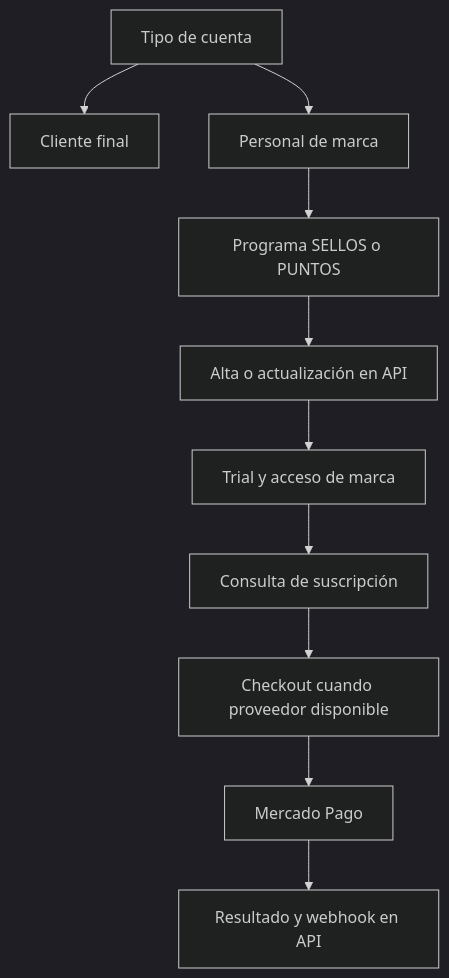
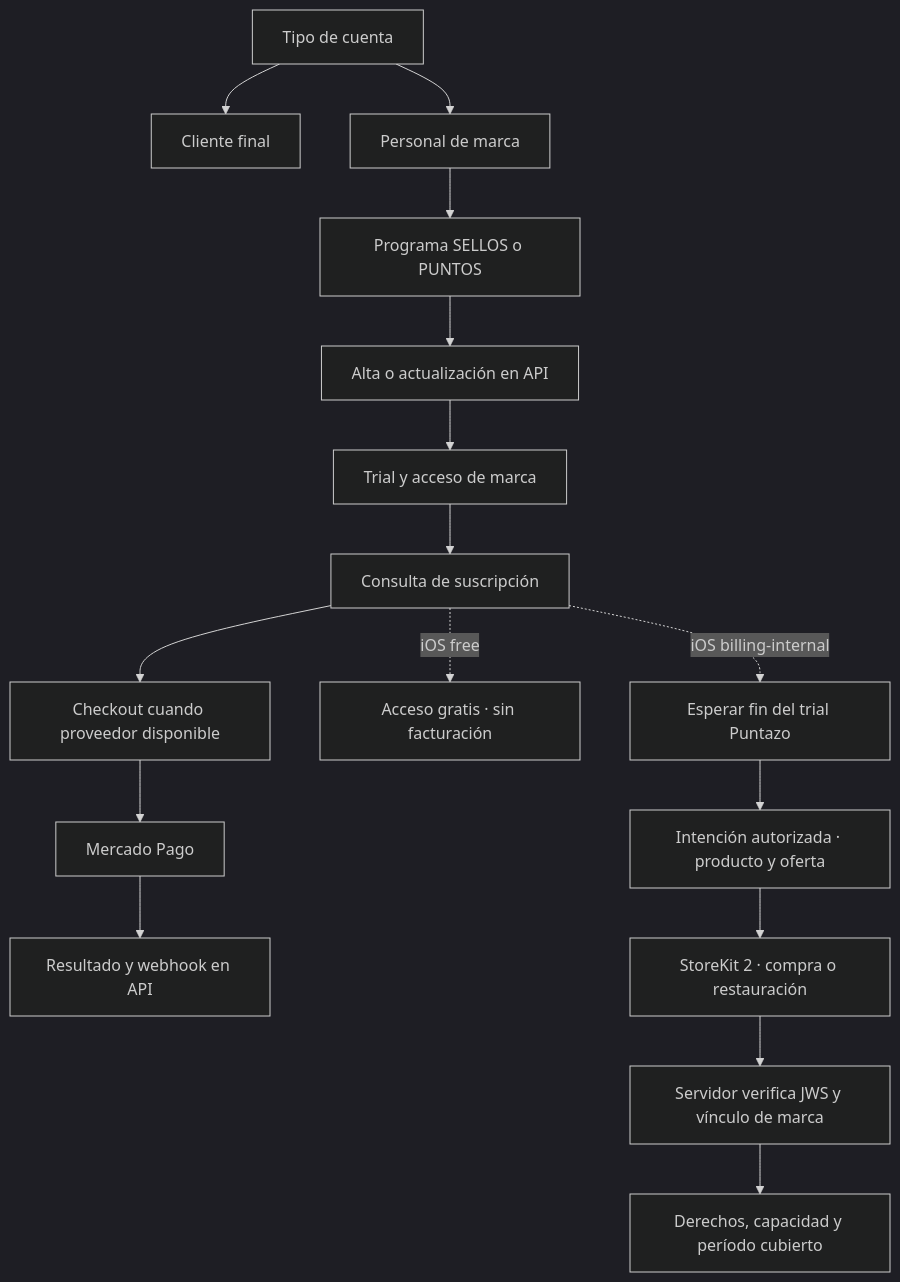
One commit to gagonzalez1/puntazo-docs changed the diagram in docs/flows/02-plan-selection.md. Above: the diagram before and after it, drawn with Mermaid (dark theme). The commit also changed other lines of this file and 16 other files, not shown here.

````diff
--- a/docs/flows/02-plan-selection.md
+++ b/docs/flows/02-plan-selection.md
@@ -17,12 +19,18 @@
 ```mermaid
 flowchart TD
  A[Tipo de cuenta] --> C[Cliente final]
  A --> M[Personal de marca]
  M --> P[Programa SELLOS o PUNTOS]
  P --> API[Alta o actualización en API]
  API --> T[Trial y acceso de marca]
  T --> S[Consulta de suscripción]
  S --> CH[Checkout cuando proveedor disponible]
  CH --> MP[Mercado Pago]
  MP --> R[Resultado y webhook en API]
+ S -. iOS free .-> F[Acceso gratis · sin facturación]
+ S -. iOS billing-internal .-> WT[Esperar fin del trial Puntazo]
+ WT --> IN[Intención autorizada · producto y oferta]
+ IN --> SK[StoreKit 2 · compra o restauración]
+ SK --> SY[Servidor verifica JWS y vínculo de marca]
+ SY --> EN[Derechos, capacidad y período cubierto]
 ```
````
